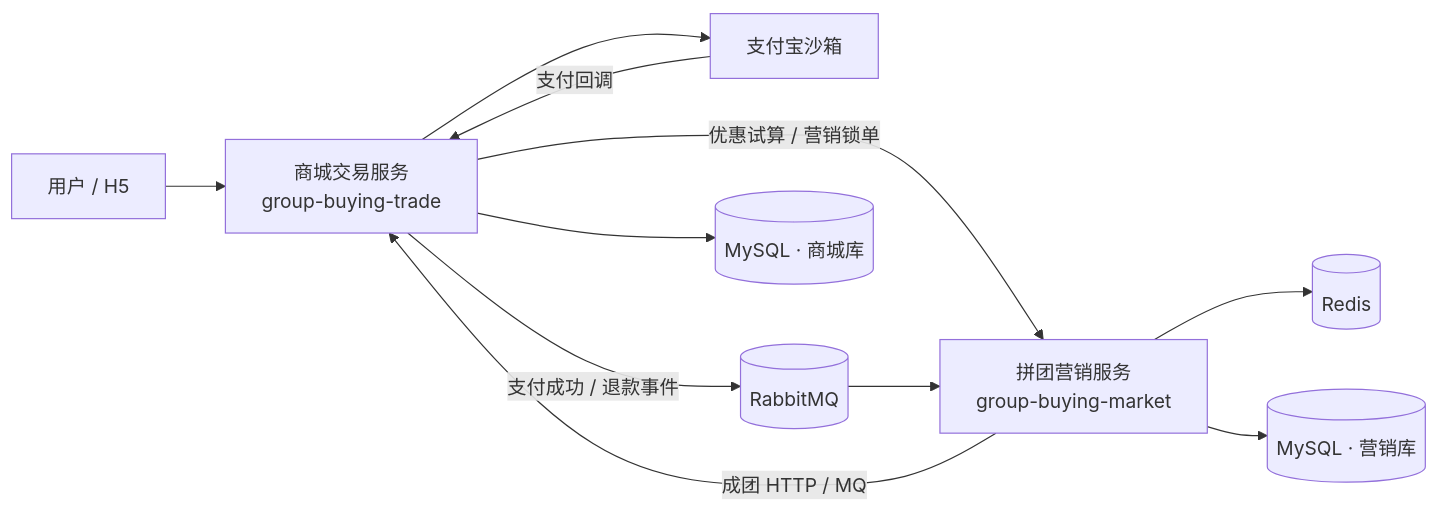
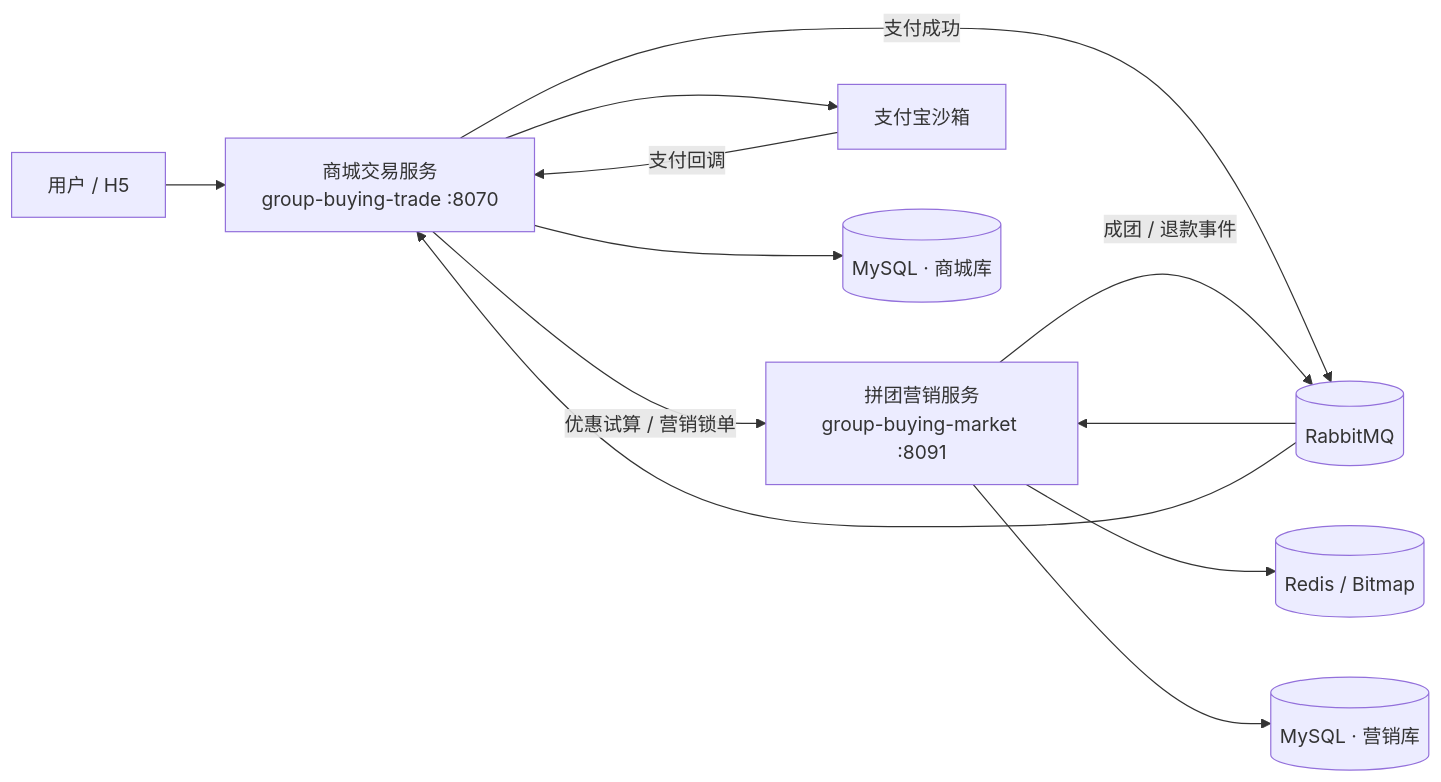
One commit to wangyijie01/group-buying-platform changed the first of 2 diagrams in README.md. Above: the diagram before and after it, drawn with Mermaid. The commit also changed other lines of this file and 42 other files, not shown here.

````diff
--- a/README.md
+++ b/README.md
@@ -62,13 +64,14 @@
 ```mermaid
 flowchart LR
-    U[用户 / H5] --> T[商城交易服务<br/>group-buying-trade]
-    T -->|优惠试算 / 营销锁单| M[拼团营销服务<br/>group-buying-market]
+    U[用户 / H5] --> T[商城交易服务<br/>group-buying-trade :8070]
+    T -->|优惠试算 / 营销锁单| M[拼团营销服务<br/>group-buying-market :8091]
     T --> A[支付宝沙箱]
     A -->|支付回调| T
-    M -->|成团 HTTP / MQ| T
-    T -->|支付成功 / 退款事件| Q[(RabbitMQ)]
+    T -->|支付成功| Q[(RabbitMQ)]
     Q --> M
-    M --> R[(Redis)]
+    M -->|成团 / 退款事件| Q
+    Q --> T
+    M --> R[(Redis / Bitmap)]
     M --> MM[(MySQL · 营销库)]
     T --> TM[(MySQL · 商城库)]
 ```
````
